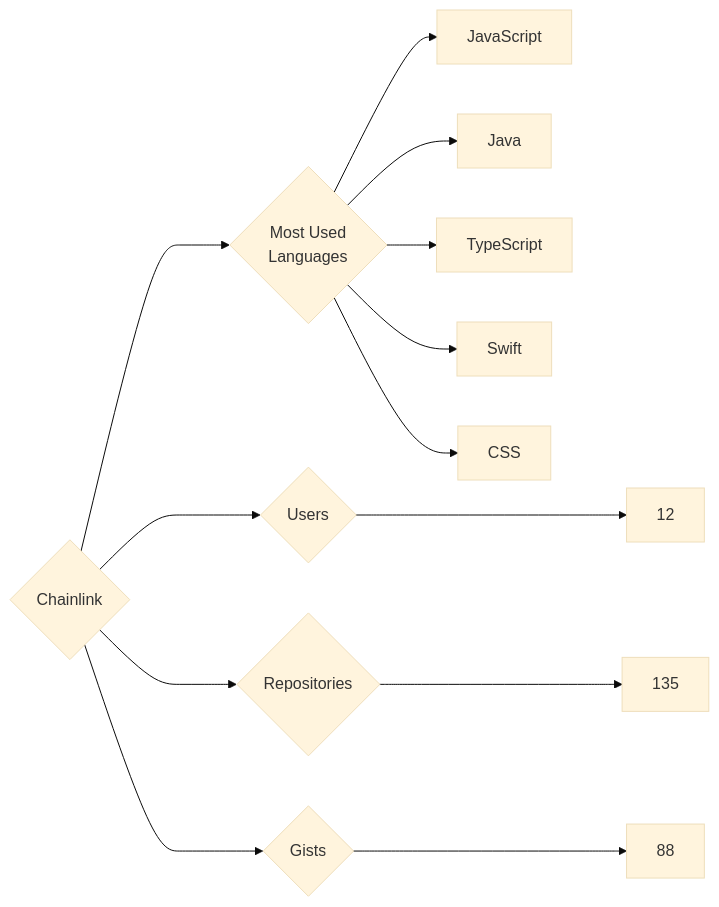
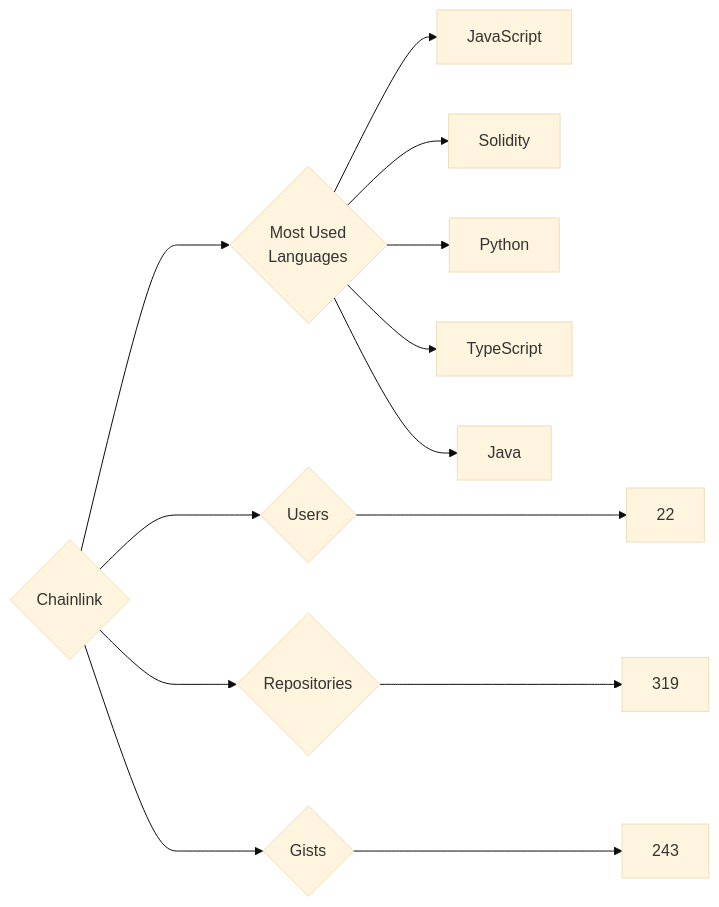
The diagram in targets/Chainlink/README.md (trickest/insiders), drawn with Mermaid (base theme) before and after one commit. The commit also changed 984 other files, not shown here.

````diff
--- a/targets/Chainlink/README.md
+++ b/targets/Chainlink/README.md
@@ -3,13 +3,13 @@
 ```mermaid
 graph LR
 COMPANY_NAME{Chainlink}
-COMPANY_NAME ---> U{Users} ---> UN[12]
-COMPANY_NAME ---> R{Repositories} ---> RN[135]
-COMPANY_NAME ---> G{Gists} ---> GN[88]
+COMPANY_NAME ---> U{Users} ---> UN[22]
+COMPANY_NAME ---> R{Repositories} ---> RN[319]
+COMPANY_NAME ---> G{Gists} ---> GN[243]
 COMPANY_NAME ---> ML{Most Used<br>Languages}
 ML --> JavaScript[JavaScript]
+ML --> Solidity[Solidity]
+ML --> Python[Python]
+ML --> TypeScript[TypeScript]
 ML --> Java[Java]
-ML --> TypeScript[TypeScript]
-ML --> Swift[Swift]
-ML --> CSS[CSS]
 ```
````
